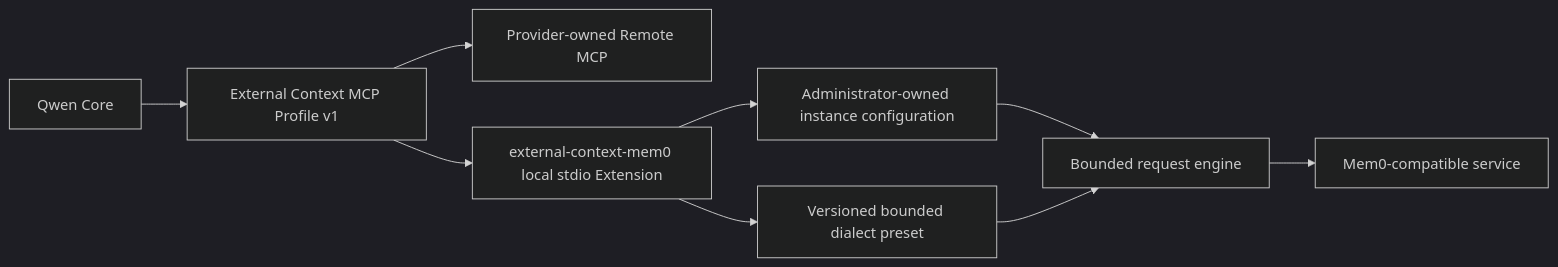
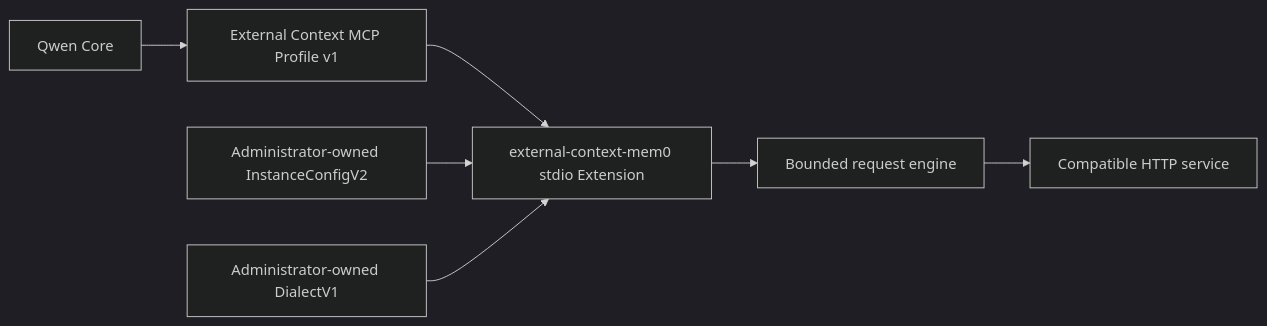
The diagram in docs/design/external-context-mem0-extension.md (QwenLM/qwen-code), drawn with Mermaid (dark theme) before and after one commit. The commit also changed other lines of this file and 15 other files, not shown here.

Commit message:
feat(external-context): load administrator-owned Mem0 dialects

````diff
--- a/docs/design/external-context-mem0-extension.md
+++ b/docs/design/external-context-mem0-extension.md
@@ -58,11 +56,9 @@
 ```mermaid
 flowchart LR
     Q["Qwen Core"] --> P["External Context MCP Profile v1"]
-    P --> R["Provider-owned Remote MCP"]
-    P --> E["external-context-mem0 local stdio Extension"]
-    E --> C["Administrator-owned instance configuration"]
-    E --> D["Versioned bounded dialect preset"]
-    C --> X["Bounded request engine"]
-    D --> X
-    X --> S["Mem0-compatible service"]
+    P --> E["external-context-mem0 stdio Extension"]
+    I["Administrator-owned InstanceConfigV2"] --> E
+    D["Administrator-owned DialectV1"] --> E
+    E --> R["Bounded request engine"]
+    R --> S["Compatible HTTP service"]
 ```
````
